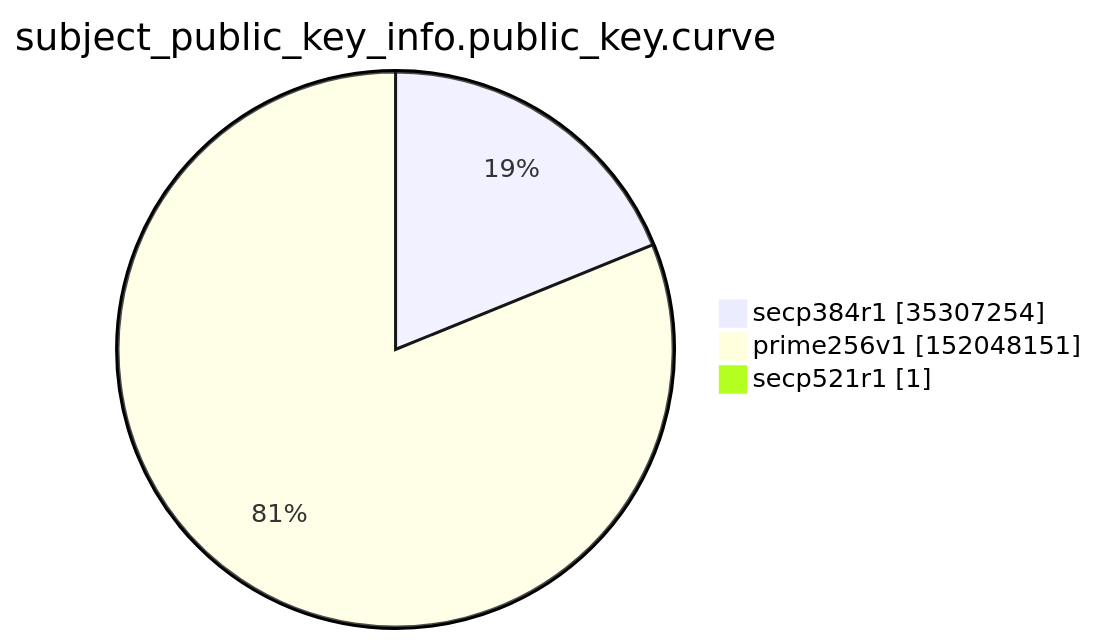
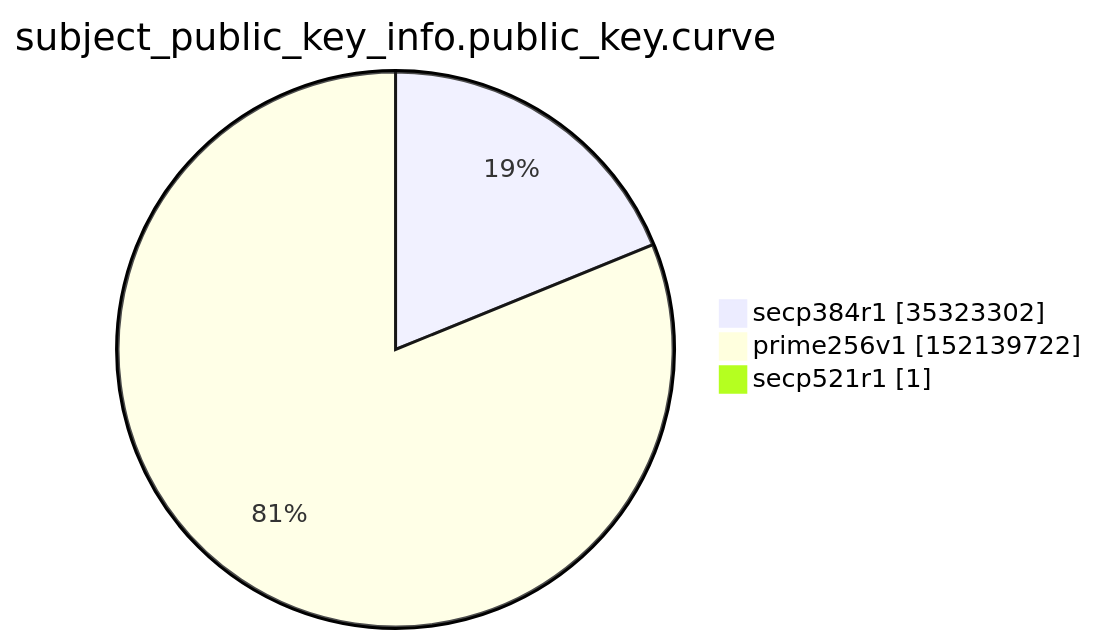
One commit to christiankrug/ctmonitor_visualization changed the ninth of 15 diagrams in argon2022/README.md. Above: the diagram before and after it, drawn with Mermaid. The commit also changed other lines of this file, not shown here.

````diff
--- a/argon2022/README.md
+++ b/argon2022/README.md
@@ -2765,7 +2765,7 @@
 ```mermaid
 pie showData
 title subject_public_key_info.public_key.curve
-"secp384r1" :35307254
-"prime256v1" :152048151
+"secp384r1" :35323302
+"prime256v1" :152139722
 "secp521r1" :1
 ```
````
